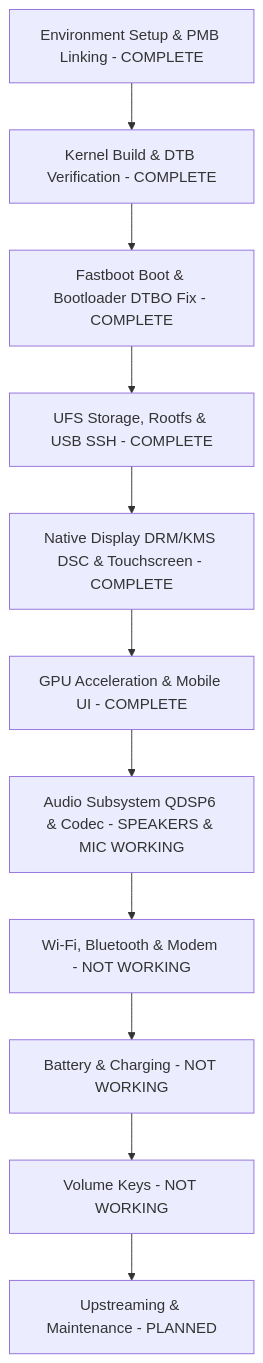
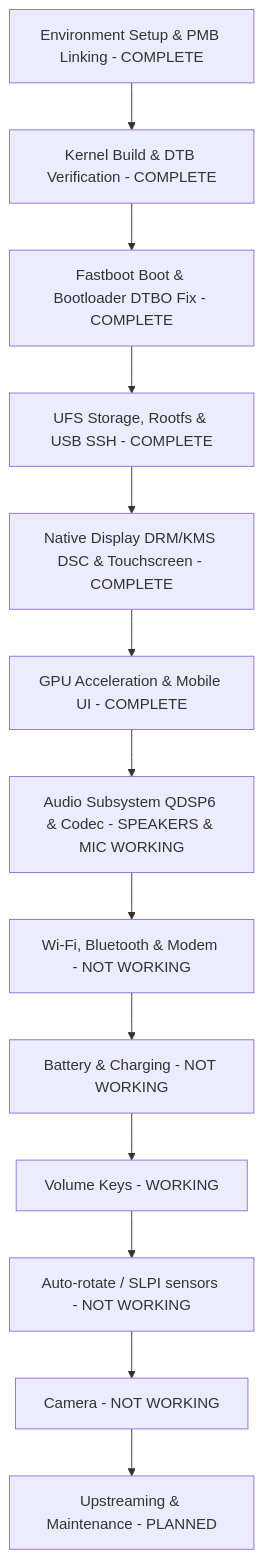
Before and after one commit to emilyastranova/guacamole_nura: the diagram in docs/PLAN.md, drawn with Mermaid. The commit also changed other lines of this file and 2 other files, not shown here.

First line of the commit message:
feat(input): enable volume keys

````diff
--- a/docs/PLAN.md
+++ b/docs/PLAN.md
@@ -26,13 +26,15 @@
 ```mermaid
 flowchart TD
     A[Environment Setup & PMB Linking - COMPLETE] --> B[Kernel Build & DTB Verification - COMPLETE]
     B --> C[Fastboot Boot & Bootloader DTBO Fix - COMPLETE]
     C --> D[UFS Storage, Rootfs & USB SSH - COMPLETE]
     D --> E[Native Display DRM/KMS DSC & Touchscreen - COMPLETE]
     E --> F[GPU Acceleration & Mobile UI - COMPLETE]
     F --> H[Audio Subsystem QDSP6 & Codec - SPEAKERS & MIC WORKING]
     H --> I[Wi-Fi, Bluetooth & Modem - NOT WORKING]
     I --> J[Battery & Charging - NOT WORKING]
-    J --> L[Volume Keys - NOT WORKING]
-    L --> K[Upstreaming & Maintenance - PLANNED]
+    J --> L[Volume Keys - WORKING]
+    L --> M[Auto-rotate / SLPI sensors - NOT WORKING]
+    M --> N[Camera - NOT WORKING]
+    N --> K[Upstreaming & Maintenance - PLANNED]
 ```
````
